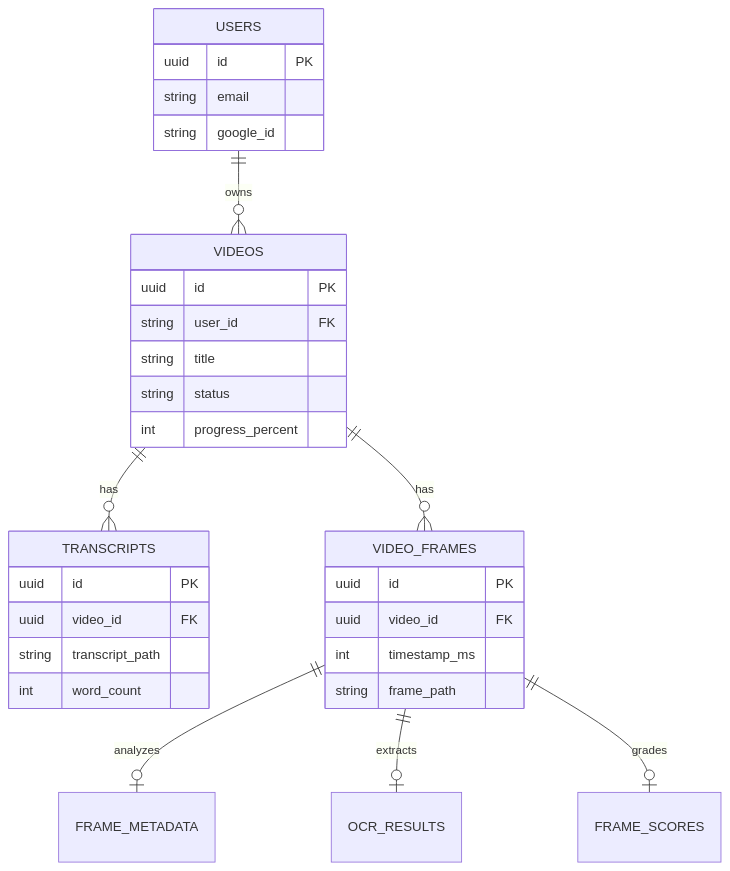
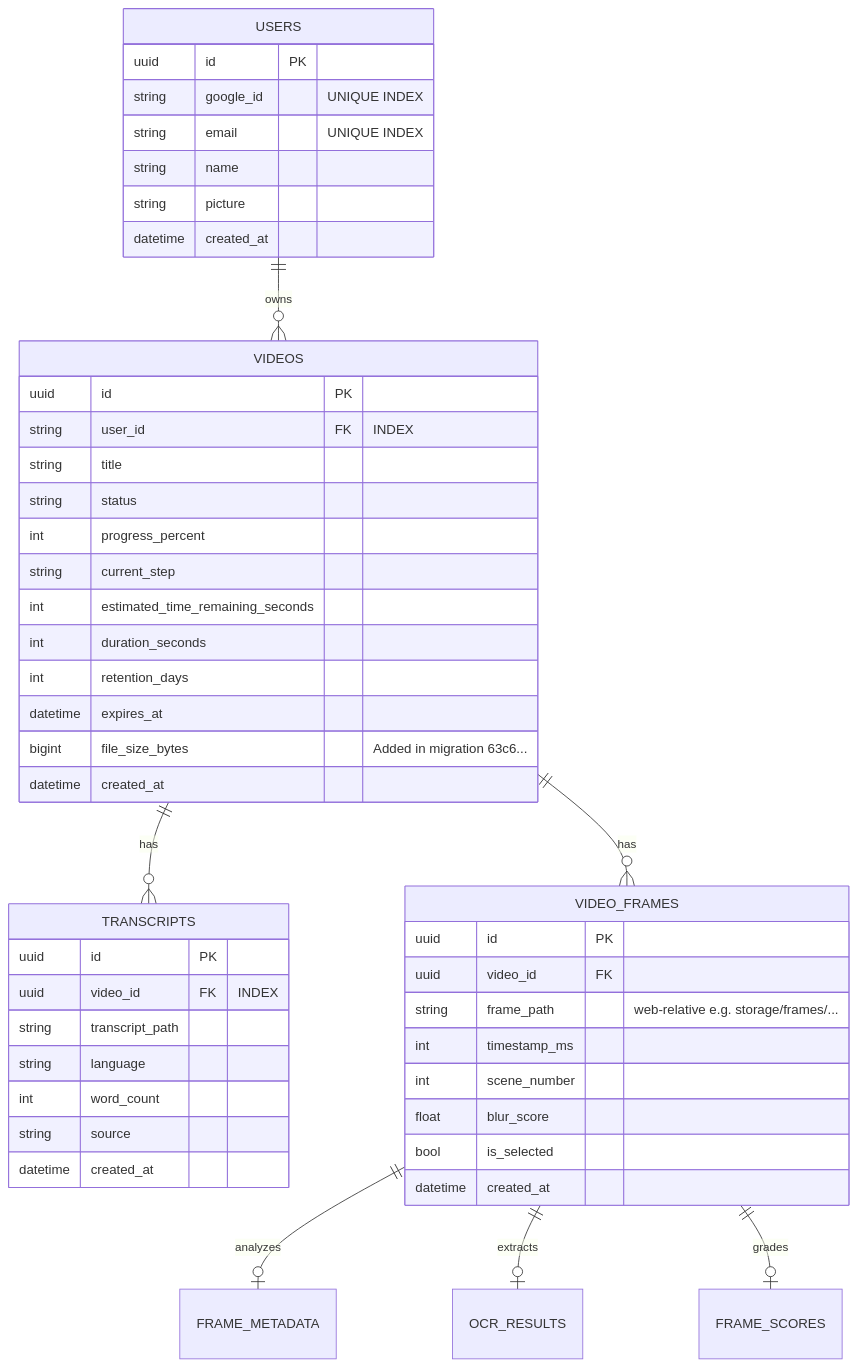
The diagram in docs/Database.md (Meetvirugama/EduScribe-AI), drawn with Mermaid before and after one commit. The commit also changed other lines of this file and 17 other files, not shown here.

````diff
--- a/docs/Database.md
+++ b/docs/Database.md
@@ -10,37 +10,54 @@
 ```mermaid
 erDiagram
     USERS ||--o{ VIDEOS : owns
     VIDEOS ||--o{ TRANSCRIPTS : has
     VIDEOS ||--o{ VIDEO_FRAMES : has
     VIDEO_FRAMES ||--o| FRAME_METADATA : analyzes
     VIDEO_FRAMES ||--o| OCR_RESULTS : extracts
     VIDEO_FRAMES ||--o| FRAME_SCORES : grades
-    
+
     USERS {
         uuid id PK
-        string email
-        string google_id
+        string google_id "UNIQUE INDEX"
+        string email "UNIQUE INDEX"
+        string name
+        string picture
+        datetime created_at
     }
-    
+
     VIDEOS {
         uuid id PK
-        string user_id FK
+        string user_id FK "INDEX"
         string title
         string status
         int progress_percent
+        string current_step
+        int estimated_time_remaining_seconds
+        int duration_seconds
+        int retention_days
+        datetime expires_at
+        bigint file_size_bytes "Added in migration 63c6..."
+        datetime created_at
     }
-    
+
     TRANSCRIPTS {
         uuid id PK
-        uuid video_id FK
+        uuid video_id FK "INDEX"
         string transcript_path
+        string language
         int word_count
+        string source
+        datetime created_at
     }
-    
+
     VIDEO_FRAMES {
         uuid id PK
         uuid video_id FK
+        string frame_path "web-relative e.g. storage/frames/..."
         int timestamp_ms
-        string frame_path
+        int scene_number
+        float blur_score
+        bool is_selected
+        datetime created_at
     }
 ```
````
